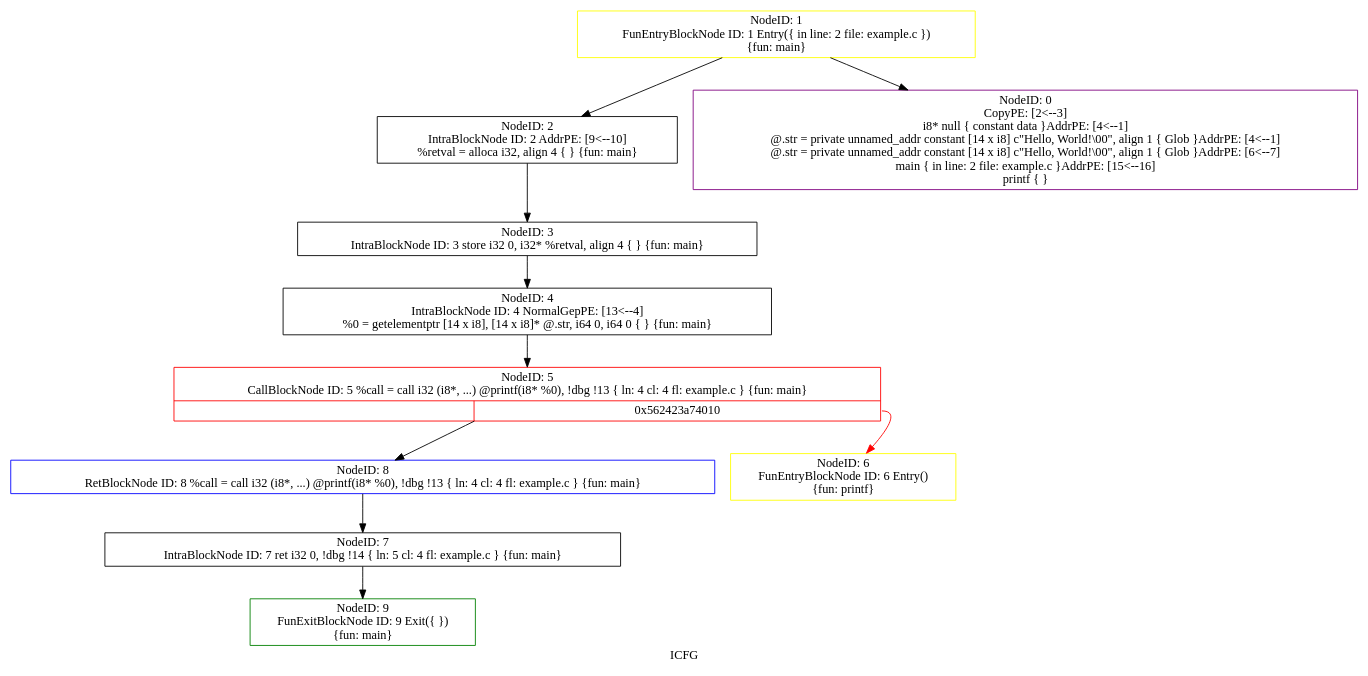
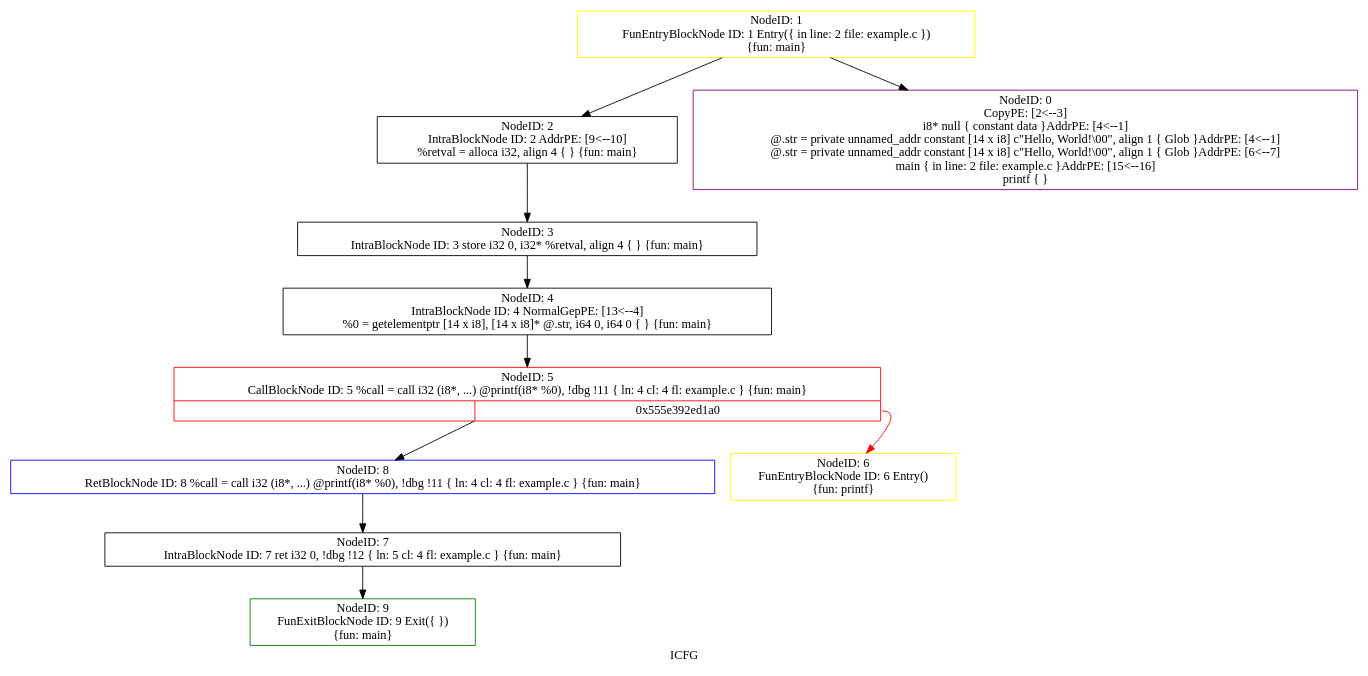
Before and after one commit to joshua-sy/CapstoneProject: the diagram in icfg.dot, drawn with Graphviz. The commit also changed 33 other files, not shown here.

```diff
--- a/icfg.dot
+++ b/icfg.dot
@@ -1,23 +1,23 @@
 digraph "ICFG" {
 	label="ICFG";
 
-	Node0x562423a861f0 [shape=record,color=green,label="{NodeID: 9\nFunExitBlockNode ID: 9 Exit(\{  \})\n \{fun: main\}}"];
-	Node0x562423a85f80 [shape=record,color=blue,label="{NodeID: 8\nRetBlockNode ID: 8   %call = call i32 (i8*, ...) @printf(i8* %0), !dbg !13 \{ ln: 4  cl: 4  fl: example.c \} \{fun: main\}}"];
-	Node0x562423a85f80 -> Node0x562423a85ec0[style=solid];
-	Node0x562423a85ec0 [shape=record,color=black,label="{NodeID: 7\nIntraBlockNode ID: 7      ret i32 0, !dbg !14 \{ ln: 5  cl: 4  fl: example.c \}    \{fun: main\}}"];
-	Node0x562423a85ec0 -> Node0x562423a861f0[style=solid];
-	Node0x562423a85d90 [shape=record,color=yellow,label="{NodeID: 6\nFunEntryBlockNode ID: 6 Entry()\n \{fun: printf\}}"];
-	Node0x562423a74ac0 [shape=record,color=red,label="{NodeID: 5\nCallBlockNode ID: 5   %call = call i32 (i8*, ...) @printf(i8* %0), !dbg !13 \{ ln: 4  cl: 4  fl: example.c \} \{fun: main\}|{|<s1>0x562423a74010}}"];
-	Node0x562423a74ac0 -> Node0x562423a85f80[style=solid];
-	Node0x562423a74ac0:s1 -> Node0x562423a85d90[style=solid,color=red];
-	Node0x562423a85c00 [shape=record,color=black,label="{NodeID: 4\nIntraBlockNode ID: 4   NormalGepPE: [13\<--4]  \n   %0 = getelementptr [14 x i8], [14 x i8]* @.str, i64 0, i64 0 \{  \} \{fun: main\}}"];
-	Node0x562423a85c00 -> Node0x562423a74ac0[style=solid];
-	Node0x562423a85ae0 [shape=record,color=black,label="{NodeID: 3\nIntraBlockNode ID: 3      store i32 0, i32* %retval, align 4 \{  \}    \{fun: main\}}"];
-	Node0x562423a85ae0 -> Node0x562423a85c00[style=solid];
-	Node0x562423a85870 [shape=record,color=black,label="{NodeID: 2\nIntraBlockNode ID: 2   AddrPE: [9\<--10]  \n   %retval = alloca i32, align 4 \{  \} \{fun: main\}}"];
-	Node0x562423a85870 -> Node0x562423a85ae0[style=solid];
-	Node0x562423a85710 [shape=record,color=yellow,label="{NodeID: 1\nFunEntryBlockNode ID: 1 Entry(\{ in line: 2 file: example.c \})\n \{fun: main\}}"];
-	Node0x562423a85710 -> Node0x562423a6df20[style=solid];
-	Node0x562423a85710 -> Node0x562423a85870[style=solid];
-	Node0x562423a6df20 [shape=record,color=purple,label="{NodeID: 0\nCopyPE: [2\<--3]  \n i8* null \{ constant data \}AddrPE: [4\<--1]  \n @.str = private unnamed_addr constant [14 x i8] c\"Hello, World!\\00\", align 1 \{ Glob  \}AddrPE: [4\<--1]  \n @.str = private unnamed_addr constant [14 x i8] c\"Hello, World!\\00\", align 1 \{ Glob  \}AddrPE: [6\<--7]  \n main \{ in line: 2 file: example.c \}AddrPE: [15\<--16]  \n printf \{  \}}"];
+	Node0x555e392ff000 [shape=record,color=green,label="{NodeID: 9\nFunExitBlockNode ID: 9 Exit(\{  \})\n \{fun: main\}}"];
+	Node0x555e392fed90 [shape=record,color=blue,label="{NodeID: 8\nRetBlockNode ID: 8   %call = call i32 (i8*, ...) @printf(i8* %0), !dbg !11 \{ ln: 4  cl: 4  fl: example.c \} \{fun: main\}}"];
+	Node0x555e392fed90 -> Node0x555e392fecd0[style=solid];
+	Node0x555e392fecd0 [shape=record,color=black,label="{NodeID: 7\nIntraBlockNode ID: 7      ret i32 0, !dbg !12 \{ ln: 5  cl: 4  fl: example.c \}    \{fun: main\}}"];
+	Node0x555e392fecd0 -> Node0x555e392ff000[style=solid];
+	Node0x555e392feba0 [shape=record,color=yellow,label="{NodeID: 6\nFunEntryBlockNode ID: 6 Entry()\n \{fun: printf\}}"];
+	Node0x555e392edc20 [shape=record,color=red,label="{NodeID: 5\nCallBlockNode ID: 5   %call = call i32 (i8*, ...) @printf(i8* %0), !dbg !11 \{ ln: 4  cl: 4  fl: example.c \} \{fun: main\}|{|<s1>0x555e392ed1a0}}"];
+	Node0x555e392edc20 -> Node0x555e392fed90[style=solid];
+	Node0x555e392edc20:s1 -> Node0x555e392feba0[style=solid,color=red];
+	Node0x555e392fea10 [shape=record,color=black,label="{NodeID: 4\nIntraBlockNode ID: 4   NormalGepPE: [13\<--4]  \n   %0 = getelementptr [14 x i8], [14 x i8]* @.str, i64 0, i64 0 \{  \} \{fun: main\}}"];
+	Node0x555e392fea10 -> Node0x555e392edc20[style=solid];
+	Node0x555e392fe8f0 [shape=record,color=black,label="{NodeID: 3\nIntraBlockNode ID: 3      store i32 0, i32* %retval, align 4 \{  \}    \{fun: main\}}"];
+	Node0x555e392fe8f0 -> Node0x555e392fea10[style=solid];
+	Node0x555e392fe680 [shape=record,color=black,label="{NodeID: 2\nIntraBlockNode ID: 2   AddrPE: [9\<--10]  \n   %retval = alloca i32, align 4 \{  \} \{fun: main\}}"];
+	Node0x555e392fe680 -> Node0x555e392fe8f0[style=solid];
+	Node0x555e392fe520 [shape=record,color=yellow,label="{NodeID: 1\nFunEntryBlockNode ID: 1 Entry(\{ in line: 2 file: example.c \})\n \{fun: main\}}"];
+	Node0x555e392fe520 -> Node0x555e392ee0e0[style=solid];
+	Node0x555e392fe520 -> Node0x555e392fe680[style=solid];
+	Node0x555e392ee0e0 [shape=record,color=purple,label="{NodeID: 0\nCopyPE: [2\<--3]  \n i8* null \{ constant data \}AddrPE: [4\<--1]  \n @.str = private unnamed_addr constant [14 x i8] c\"Hello, World!\\00\", align 1 \{ Glob  \}AddrPE: [4\<--1]  \n @.str = private unnamed_addr constant [14 x i8] c\"Hello, World!\\00\", align 1 \{ Glob  \}AddrPE: [6\<--7]  \n main \{ in line: 2 file: example.c \}AddrPE: [15\<--16]  \n printf \{  \}}"];
 }
```
